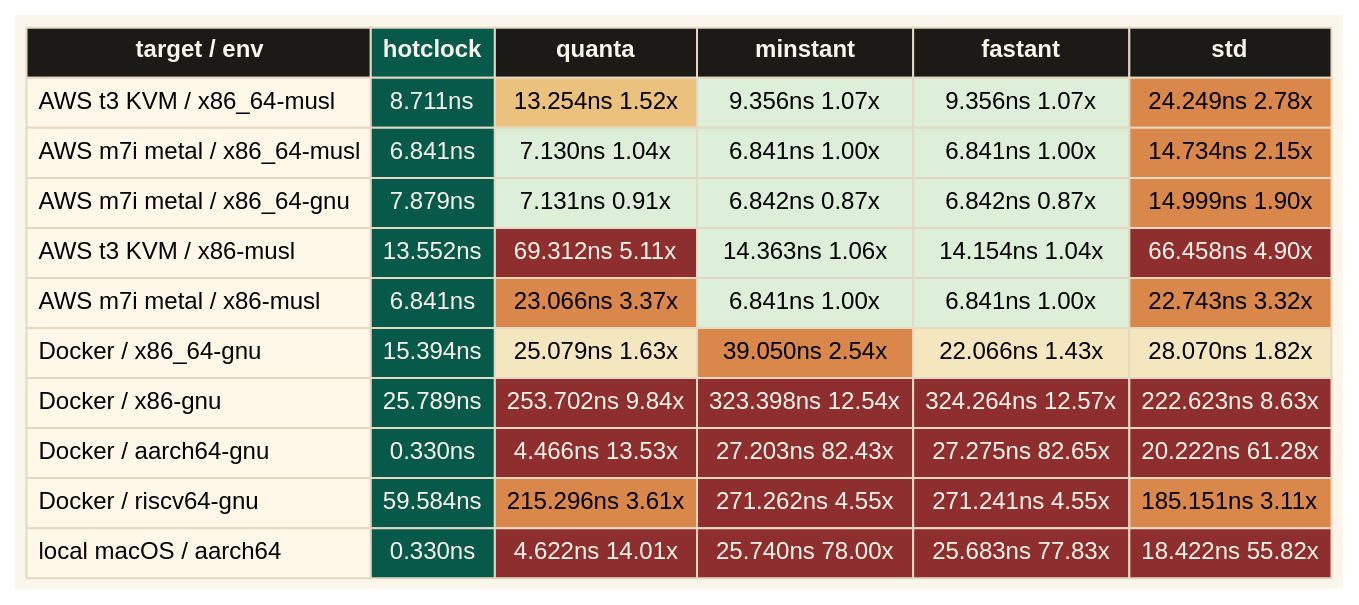
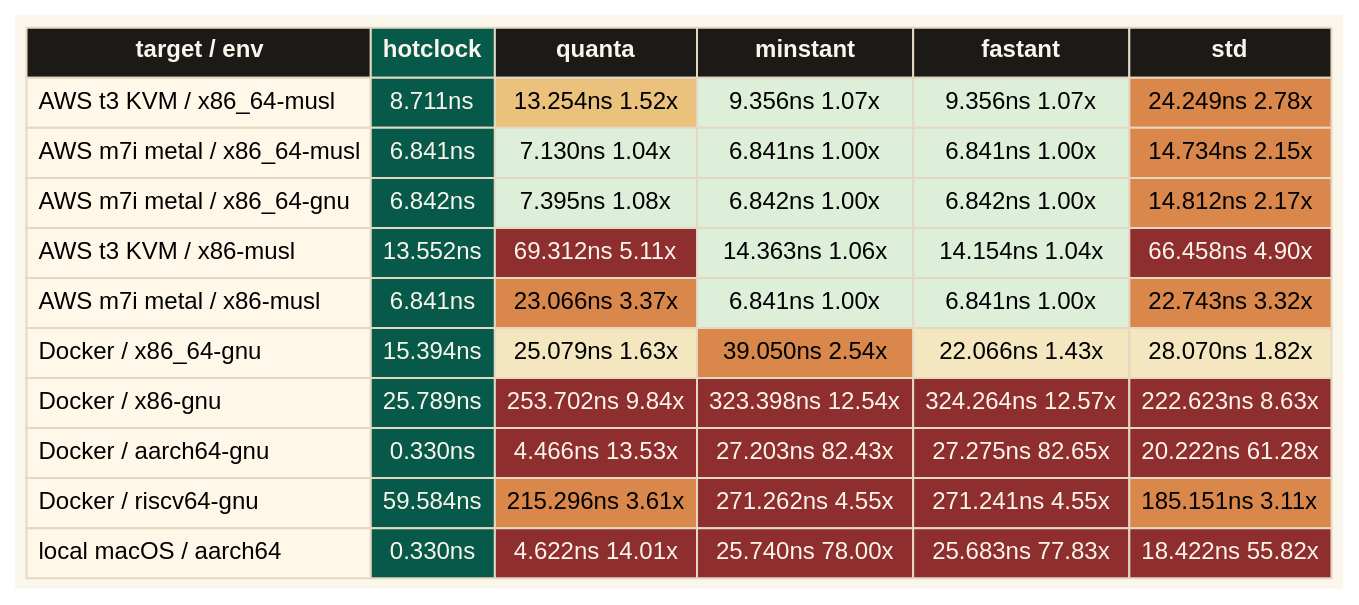
The diagram in benches/assets/benchmark-heatmap.dot (spence/hotclock), drawn with Graphviz before and after one commit. The commit also changed 7 other files, not shown here.

```diff
--- a/benches/assets/benchmark-heatmap.dot
+++ b/benches/assets/benchmark-heatmap.dot
@@ -1,109 +1,109 @@
 digraph benchmark {
   graph [
     bgcolor="#FBF6EC",
     margin=0,
     pad=0.08,
     rankdir=TB
   ];
 
   node [
     shape=plain,
     fontname="Avenir Next, Helvetica, Arial, sans-serif",
     fontsize=12
   ];
 
   benchmark [
     label=<
       <TABLE BORDER="0" CELLBORDER="1" CELLSPACING="0" CELLPADDING="5" COLOR="#E4D8C2">
         <TR>
           <TD BGCOLOR="#1B1A17"><FONT COLOR="#FBF6EC"><B>target / env</B></FONT></TD>
           <TD BGCOLOR="#075A4A"><FONT COLOR="#FBF6EC"><B>hotclock</B></FONT></TD>
           <TD BGCOLOR="#1B1A17"><FONT COLOR="#FBF6EC"><B>quanta</B></FONT></TD>
           <TD BGCOLOR="#1B1A17"><FONT COLOR="#FBF6EC"><B>minstant</B></FONT></TD>
           <TD BGCOLOR="#1B1A17"><FONT COLOR="#FBF6EC"><B>fastant</B></FONT></TD>
           <TD BGCOLOR="#1B1A17"><FONT COLOR="#FBF6EC"><B>std</B></FONT></TD>
         </TR>
         <TR>
           <TD ALIGN="LEFT" BGCOLOR="#FFF8E8">AWS t3 KVM / x86_64-musl</TD>
           <TD BGCOLOR="#075A4A"><FONT COLOR="#FBF6EC">8.711ns</FONT></TD>
           <TD BGCOLOR="#EAC17D">13.254ns 1.52x</TD>
           <TD BGCOLOR="#DDEED9">9.356ns 1.07x</TD>
           <TD BGCOLOR="#DDEED9">9.356ns 1.07x</TD>
           <TD BGCOLOR="#D9874A">24.249ns 2.78x</TD>
         </TR>
         <TR>
           <TD ALIGN="LEFT" BGCOLOR="#FFF8E8">AWS m7i metal / x86_64-musl</TD>
           <TD BGCOLOR="#075A4A"><FONT COLOR="#FBF6EC">6.841ns</FONT></TD>
           <TD BGCOLOR="#DDEED9">7.130ns 1.04x</TD>
           <TD BGCOLOR="#DDEED9">6.841ns 1.00x</TD>
           <TD BGCOLOR="#DDEED9">6.841ns 1.00x</TD>
           <TD BGCOLOR="#D9874A">14.734ns 2.15x</TD>
         </TR>
         <TR>
           <TD ALIGN="LEFT" BGCOLOR="#FFF8E8">AWS m7i metal / x86_64-gnu</TD>
-          <TD BGCOLOR="#075A4A"><FONT COLOR="#FBF6EC">7.879ns</FONT></TD>
-          <TD BGCOLOR="#DDEED9">7.131ns 0.91x</TD>
-          <TD BGCOLOR="#DDEED9">6.842ns 0.87x</TD>
-          <TD BGCOLOR="#DDEED9">6.842ns 0.87x</TD>
-          <TD BGCOLOR="#D9874A">14.999ns 1.90x</TD>
+          <TD BGCOLOR="#075A4A"><FONT COLOR="#FBF6EC">6.842ns</FONT></TD>
+          <TD BGCOLOR="#DDEED9">7.395ns 1.08x</TD>
+          <TD BGCOLOR="#DDEED9">6.842ns 1.00x</TD>
+          <TD BGCOLOR="#DDEED9">6.842ns 1.00x</TD>
+          <TD BGCOLOR="#D9874A">14.812ns 2.17x</TD>
         </TR>
         <TR>
           <TD ALIGN="LEFT" BGCOLOR="#FFF8E8">AWS t3 KVM / x86-musl</TD>
           <TD BGCOLOR="#075A4A"><FONT COLOR="#FBF6EC">13.552ns</FONT></TD>
           <TD BGCOLOR="#8F2E2E"><FONT COLOR="#FBF6EC">69.312ns 5.11x</FONT></TD>
           <TD BGCOLOR="#DDEED9">14.363ns 1.06x</TD>
           <TD BGCOLOR="#DDEED9">14.154ns 1.04x</TD>
           <TD BGCOLOR="#8F2E2E"><FONT COLOR="#FBF6EC">66.458ns 4.90x</FONT></TD>
         </TR>
         <TR>
           <TD ALIGN="LEFT" BGCOLOR="#FFF8E8">AWS m7i metal / x86-musl</TD>
           <TD BGCOLOR="#075A4A"><FONT COLOR="#FBF6EC">6.841ns</FONT></TD>
           <TD BGCOLOR="#D9874A">23.066ns 3.37x</TD>
           <TD BGCOLOR="#DDEED9">6.841ns 1.00x</TD>
           <TD BGCOLOR="#DDEED9">6.841ns 1.00x</TD>
           <TD BGCOLOR="#D9874A">22.743ns 3.32x</TD>
         </TR>
         <TR>
           <TD ALIGN="LEFT" BGCOLOR="#FFF8E8">Docker / x86_64-gnu</TD>
           <TD BGCOLOR="#075A4A"><FONT COLOR="#FBF6EC">15.394ns</FONT></TD>
           <TD BGCOLOR="#F4E7BF">25.079ns 1.63x</TD>
           <TD BGCOLOR="#D9874A">39.050ns 2.54x</TD>
           <TD BGCOLOR="#F4E7BF">22.066ns 1.43x</TD>
           <TD BGCOLOR="#F4E7BF">28.070ns 1.82x</TD>
         </TR>
         <TR>
           <TD ALIGN="LEFT" BGCOLOR="#FFF8E8">Docker / x86-gnu</TD>
           <TD BGCOLOR="#075A4A"><FONT COLOR="#FBF6EC">25.789ns</FONT></TD>
           <TD BGCOLOR="#8F2E2E"><FONT COLOR="#FBF6EC">253.702ns 9.84x</FONT></TD>
           <TD BGCOLOR="#8F2E2E"><FONT COLOR="#FBF6EC">323.398ns 12.54x</FONT></TD>
           <TD BGCOLOR="#8F2E2E"><FONT COLOR="#FBF6EC">324.264ns 12.57x</FONT></TD>
           <TD BGCOLOR="#8F2E2E"><FONT COLOR="#FBF6EC">222.623ns 8.63x</FONT></TD>
         </TR>
         <TR>
           <TD ALIGN="LEFT" BGCOLOR="#FFF8E8">Docker / aarch64-gnu</TD>
           <TD BGCOLOR="#075A4A"><FONT COLOR="#FBF6EC">0.330ns</FONT></TD>
           <TD BGCOLOR="#8F2E2E"><FONT COLOR="#FBF6EC">4.466ns 13.53x</FONT></TD>
           <TD BGCOLOR="#8F2E2E"><FONT COLOR="#FBF6EC">27.203ns 82.43x</FONT></TD>
           <TD BGCOLOR="#8F2E2E"><FONT COLOR="#FBF6EC">27.275ns 82.65x</FONT></TD>
           <TD BGCOLOR="#8F2E2E"><FONT COLOR="#FBF6EC">20.222ns 61.28x</FONT></TD>
         </TR>
         <TR>
           <TD ALIGN="LEFT" BGCOLOR="#FFF8E8">Docker / riscv64-gnu</TD>
           <TD BGCOLOR="#075A4A"><FONT COLOR="#FBF6EC">59.584ns</FONT></TD>
           <TD BGCOLOR="#D9874A">215.296ns 3.61x</TD>
           <TD BGCOLOR="#8F2E2E"><FONT COLOR="#FBF6EC">271.262ns 4.55x</FONT></TD>
           <TD BGCOLOR="#8F2E2E"><FONT COLOR="#FBF6EC">271.241ns 4.55x</FONT></TD>
           <TD BGCOLOR="#D9874A">185.151ns 3.11x</TD>
         </TR>
         <TR>
           <TD ALIGN="LEFT" BGCOLOR="#FFF8E8">local macOS / aarch64</TD>
           <TD BGCOLOR="#075A4A"><FONT COLOR="#FBF6EC">0.330ns</FONT></TD>
           <TD BGCOLOR="#8F2E2E"><FONT COLOR="#FBF6EC">4.622ns 14.01x</FONT></TD>
           <TD BGCOLOR="#8F2E2E"><FONT COLOR="#FBF6EC">25.740ns 78.00x</FONT></TD>
           <TD BGCOLOR="#8F2E2E"><FONT COLOR="#FBF6EC">25.683ns 77.83x</FONT></TD>
           <TD BGCOLOR="#8F2E2E"><FONT COLOR="#FBF6EC">18.422ns 55.82x</FONT></TD>
         </TR>
       </TABLE>
     >
   ];
 }
```
